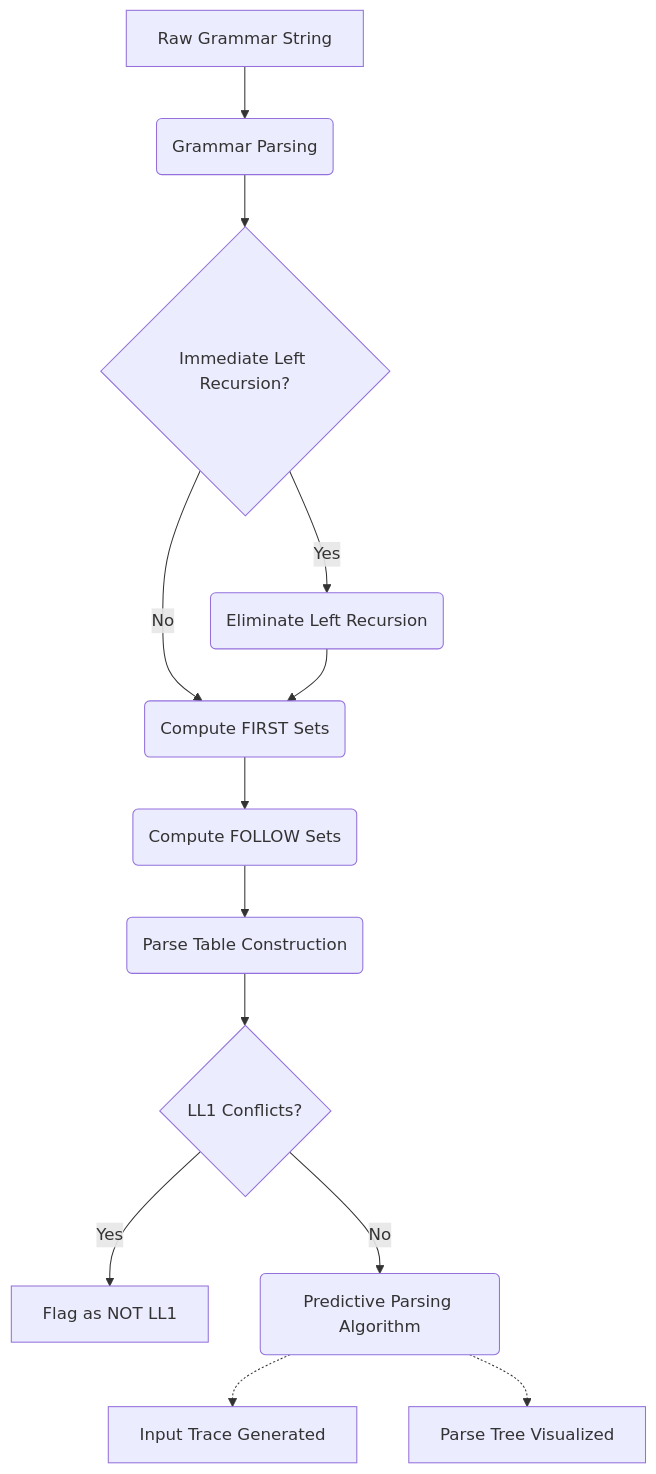
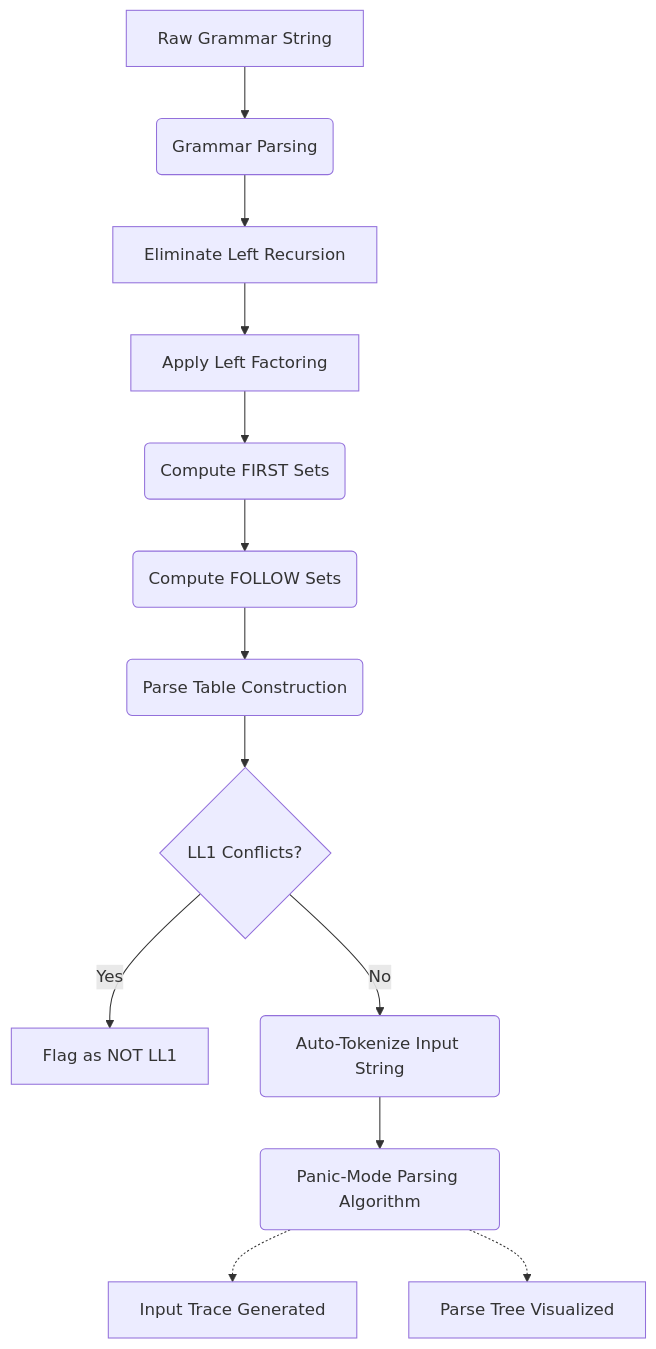
One commit to Paarth01/LL-1-Grammar-Debugger-Visual-Parser changed the diagram in README.md. Above: the diagram before and after it, drawn with Mermaid. The commit also changed other lines of this file, not shown here.

Commit message:
Enhance README with left factoring and panic mode details

````diff
--- a/README.md
+++ b/README.md
@@ -30,15 +31,15 @@
 ```mermaid
 graph TD
     A[Raw Grammar String] --> B(Grammar Parsing)
-    B --> C{Immediate Left Recursion?}
-    C -- Yes --> D(Eliminate Left Recursion)
-    C -- No --> E(Compute FIRST Sets)
-    D --> E
+    B --> C[Eliminate Left Recursion]
+    C --> D[Apply Left Factoring]
+    D --> E(Compute FIRST Sets)
     E --> F(Compute FOLLOW Sets)
     F --> G(Parse Table Construction)
     G --> H{LL1 Conflicts?}
     H -- Yes --> I[Flag as NOT LL1]
-    H -- No --> J(Predictive Parsing Algorithm)
-    J -.-> K[Input Trace Generated]
-    J -.-> L[Parse Tree Visualized]
+    H -- No --> J(Auto-Tokenize Input String)
+    J --> K(Panic-Mode Parsing Algorithm)
+    K -.-> L[Input Trace Generated]
+    K -.-> M[Parse Tree Visualized]
 ```
````
